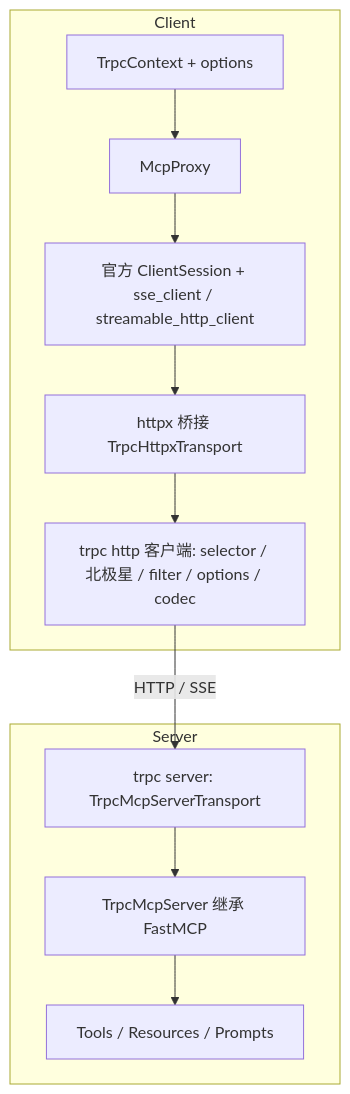
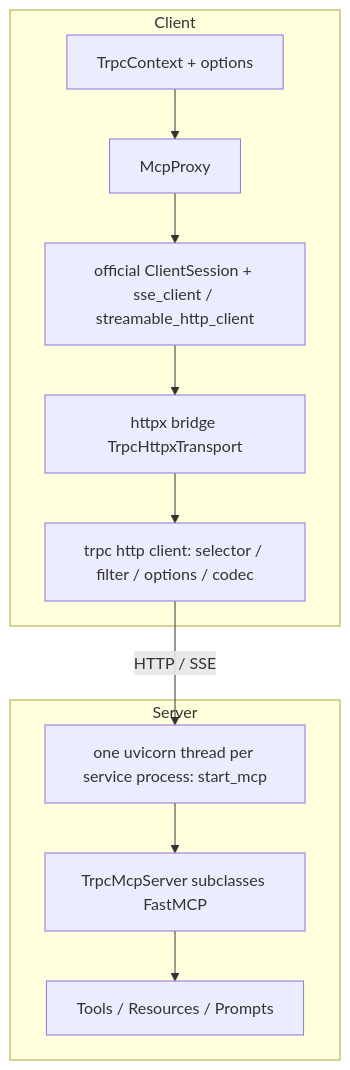
Before and after one commit to trpc-group/trpc-mcp-python: the diagram in README.md, drawn with Mermaid. The commit also changed other lines of this file and 81 other files, not shown here.

````diff
--- a/README.md
+++ b/README.md
@@ -110,14 +108,14 @@
 ```mermaid
 flowchart TD
     subgraph Client
       A[TrpcContext + options] --> B[McpProxy]
-      B --> C[官方 ClientSession + sse_client / streamable_http_client]
-      C --> D[httpx 桥接 TrpcHttpxTransport]
-      D --> E[trpc http 客户端: selector / 北极星 / filter / options / codec]
+      B --> C[official ClientSession + sse_client / streamable_http_client]
+      C --> D[httpx bridge TrpcHttpxTransport]
+      D --> E[trpc http client: selector / filter / options / codec]
     end
-    E -->|HTTP / SSE| F[trpc server: TrpcMcpServerTransport]
+    E -->|HTTP / SSE| F[one uvicorn thread per service process: start_mcp]
     subgraph Server
-      F --> G[TrpcMcpServer 继承 FastMCP]
+      F --> G[TrpcMcpServer subclasses FastMCP]
       G --> H[Tools / Resources / Prompts]
     end
 ```
````
